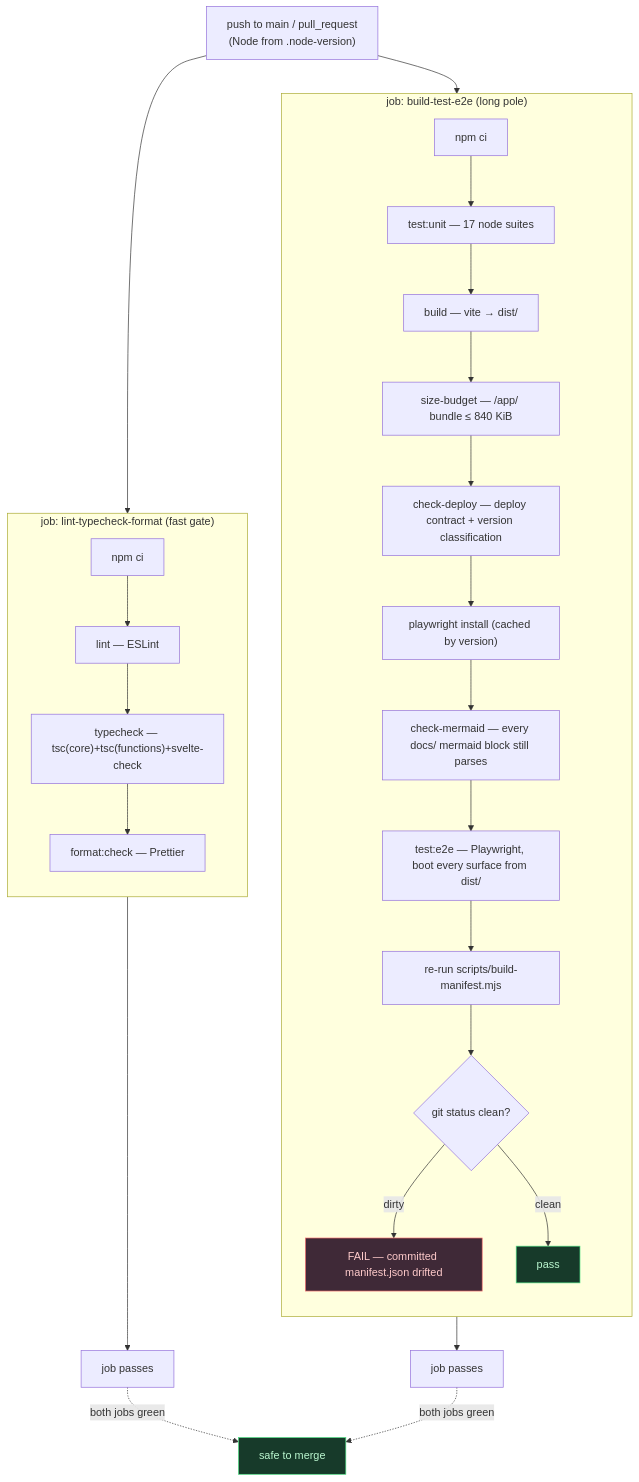
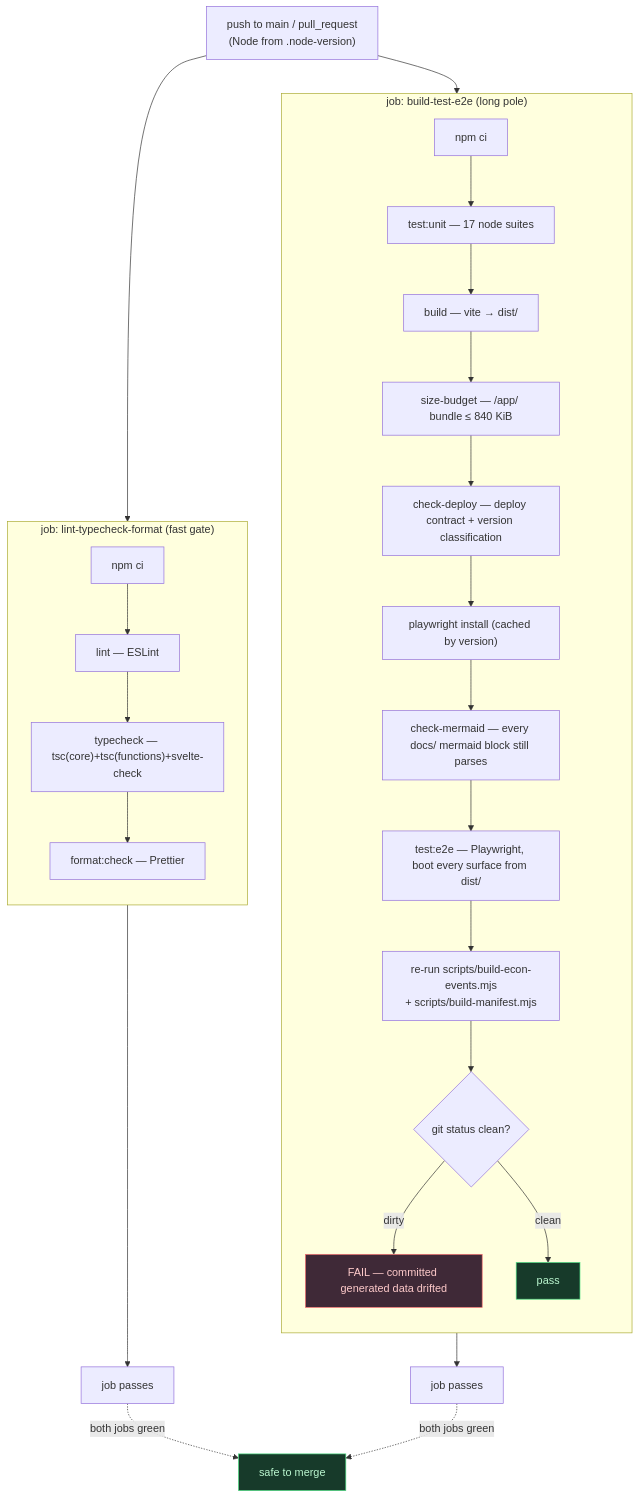
One commit to mitchGuthrieDev/blotterbook changed the diagram in docs/architecture-diagrams/ci-pipeline.md. Above: the diagram before and after it, drawn with Mermaid. The commit also changed other lines of this file and 43 other files, not shown here.

Commit message:
feat: email reclaim flow (A316), module sizing complete + promoted (A271/CH16), standalone Account page (A293) + backlog/docs hygiene (#133)

````diff
--- a/docs/architecture-diagrams/ci-pipeline.md
+++ b/docs/architecture-diagrams/ci-pipeline.md
@@ -11,38 +11,38 @@
 ```mermaid
 flowchart TD
     TRIG["push to main / pull_request<br/>(Node from .node-version)"]
 
     TRIG --> A1
     TRIG --> B1
 
     subgraph JOBA["job: lint-typecheck-format (fast gate)"]
         direction TB
         A1["npm ci"] --> A2["lint — ESLint"]
         A2 --> A3["typecheck — tsc(core)+tsc(functions)+svelte-check"]
         A3 --> A4["format:check — Prettier"]
     end
 
     subgraph JOBB["job: build-test-e2e (long pole)"]
         direction TB
         B1["npm ci"] --> B2["test:unit — 17 node suites"]
         B2 --> B3["build — vite → dist/"]
         B3 --> B4["size-budget — /app/ bundle ≤ 840 KiB"]
         B4 --> B5["check-deploy — deploy contract + version classification"]
         B5 --> B6["playwright install (cached by version)"]
         B6 --> B7["check-mermaid — every docs/ mermaid block still parses"]
         B7 --> B8["test:e2e — Playwright, boot every surface from dist/"]
-        B8 --> B9["re-run scripts/build-manifest.mjs"]
+        B8 --> B9["re-run scripts/build-econ-events.mjs<br/>+ scripts/build-manifest.mjs"]
         B9 --> GATE{"git status clean?"}
-        GATE -->|"dirty"| FAIL["FAIL — committed manifest.json drifted"]
+        GATE -->|"dirty"| FAIL["FAIL — committed generated data drifted"]
         GATE -->|"clean"| PASS["pass"]
     end
 
     A4 --> DONEA["job passes"]
     PASS --> DONEB["job passes"]
     DONEA -.->|"both jobs green"| MERGE["safe to merge"]
     DONEB -.->|"both jobs green"| MERGE
 
     style FAIL fill:#3f2937,stroke:#f87171,color:#fecaca
     style PASS fill:#173a2a,stroke:#4ade80,color:#bbf7d0
     style MERGE fill:#173a2a,stroke:#4ade80,color:#bbf7d0
 ```
````
